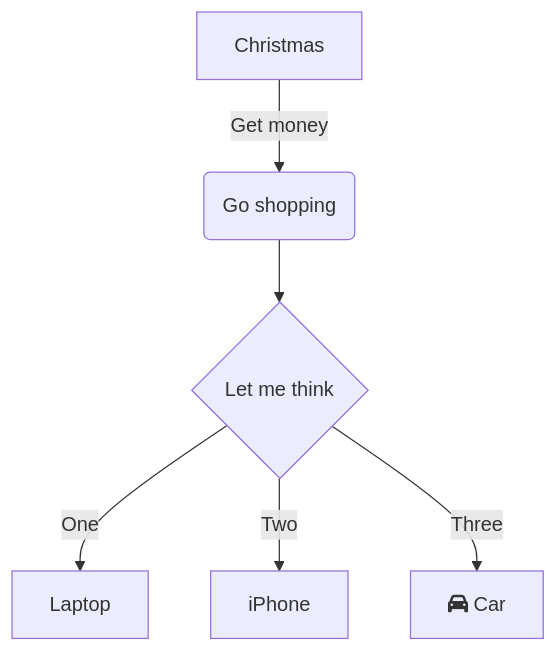
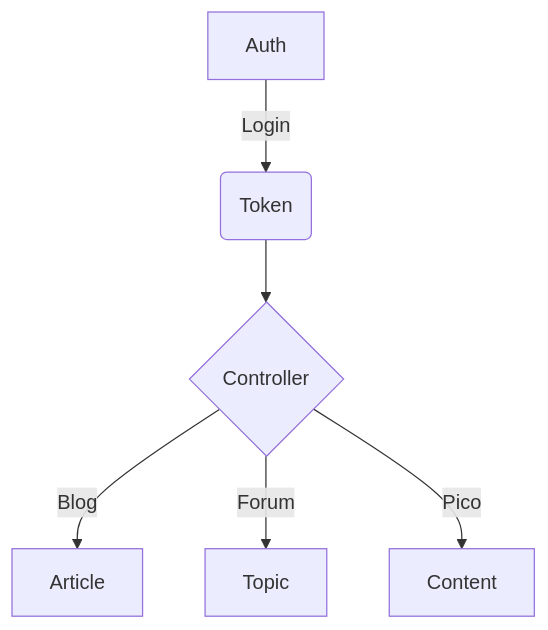
Before and after one commit to xoopscube/documentation: the fourth of 4 diagrams in en/development/git-workflow.md, drawn with Mermaid. The commit also changed other lines of this file and 12 other files, not shown here.

````diff
--- a/en/development/git-workflow.md
+++ b/en/development/git-workflow.md
@@ -110,10 +189,10 @@
 ```mermaid
 graph TD
   %% Set edges to be curved (try monotoneX for a nice alternative)
   linkStyle default interpolate basis
-  A[Christmas] -->|Get money| B(Go shopping)
-  B --> C{Let me think}
-  C -->|One| D[Laptop]
-  C -->|Two| E[iPhone]
-  C -->|Three| F[fa:fa-car Car]
-```
+  A[Auth] -->|Login| B(Token)
+  B --> C{Controller}
+  C -->|Blog| D[Article]
+  C -->|Forum| E[Topic]
+  C -->|Pico| F[Content]
+``` 
````
